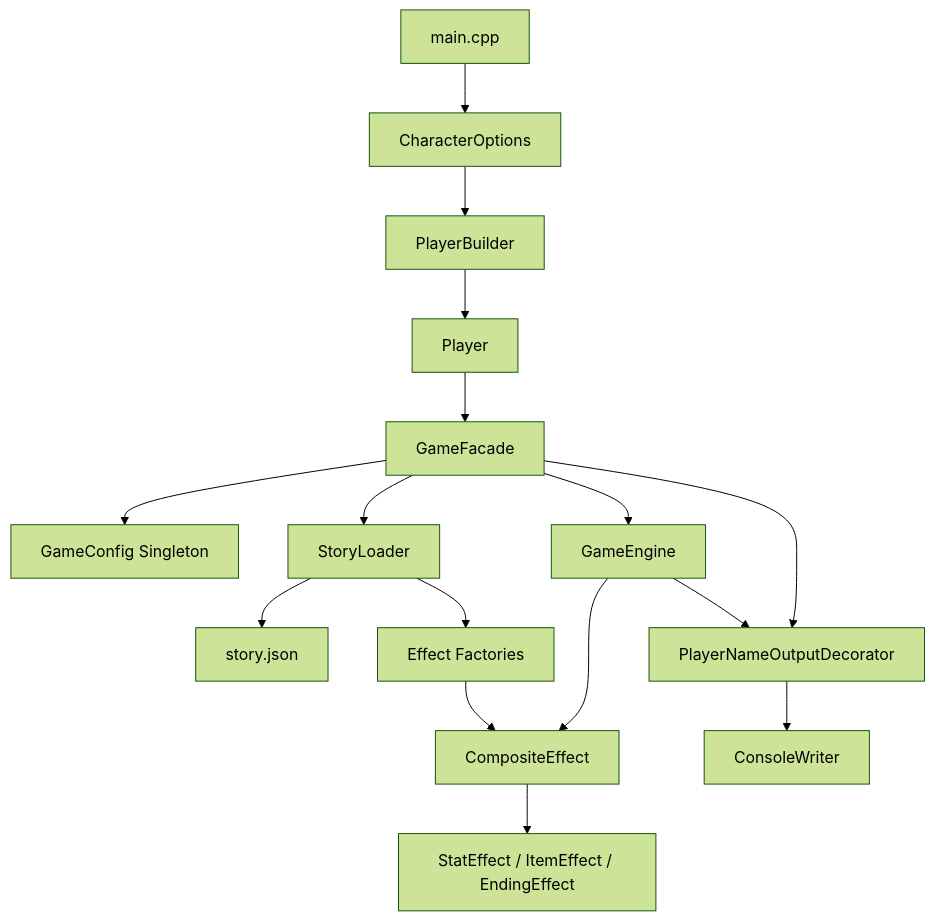
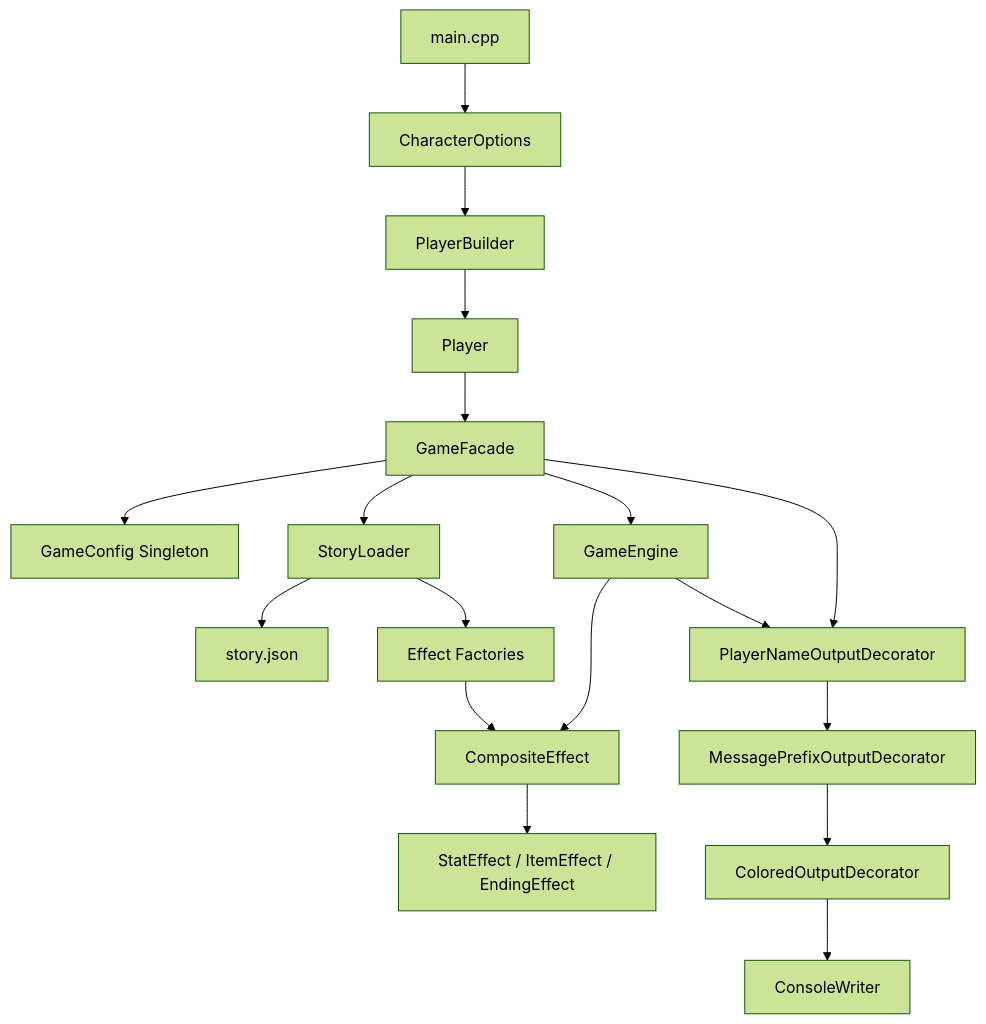
The seventh of 7 diagrams in lab2/REPORT.md (ValeriaPostica/TMPS), drawn with Mermaid (forest theme) before and after one commit. The commit also changed other lines of this file and 19 other files, not shown here.

````diff
--- a/lab2/REPORT.md
+++ b/lab2/REPORT.md
@@ -503,20 +610,22 @@
 ```mermaid
 flowchart TD
     Main[main.cpp] --> Options[CharacterOptions]
     Options --> Builder[PlayerBuilder]
     Builder --> Player[Player]
     Player --> Facade[GameFacade]
 
     Facade --> Config[GameConfig Singleton]
     Facade --> Loader[StoryLoader]
     Facade --> Engine[GameEngine]
     Facade --> Decorator[PlayerNameOutputDecorator]
-    Decorator --> Console[ConsoleWriter]
+    Decorator --> Prefix[MessagePrefixOutputDecorator]
+    Prefix --> Color[ColoredOutputDecorator]
+    Color --> Console[ConsoleWriter]
 
     Loader --> JSON[story.json]
     Loader --> Factories[Effect Factories]
     Factories --> Composite[CompositeEffect]
     Composite --> Effects[StatEffect / ItemEffect / EndingEffect]
     Engine --> Composite
     Engine --> Decorator
 ```
````
